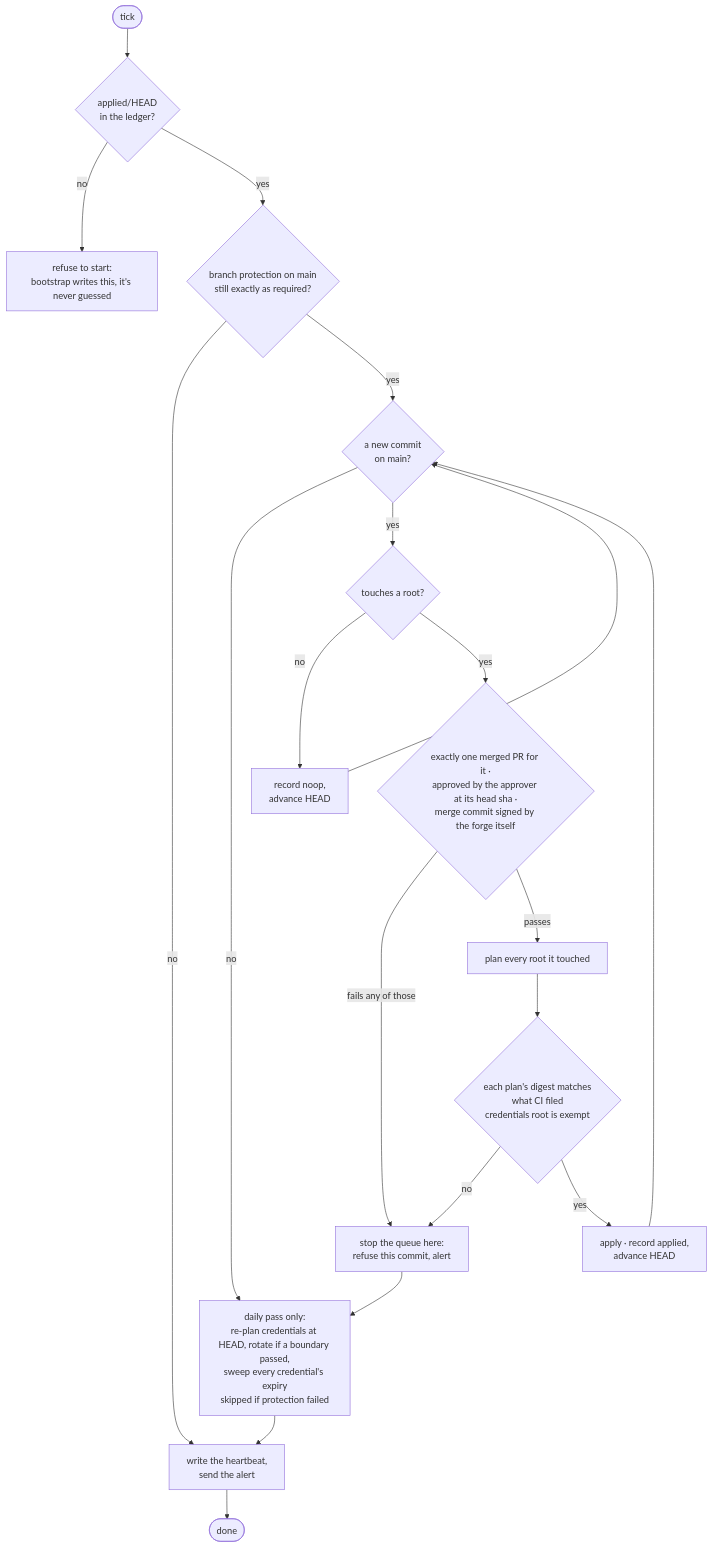
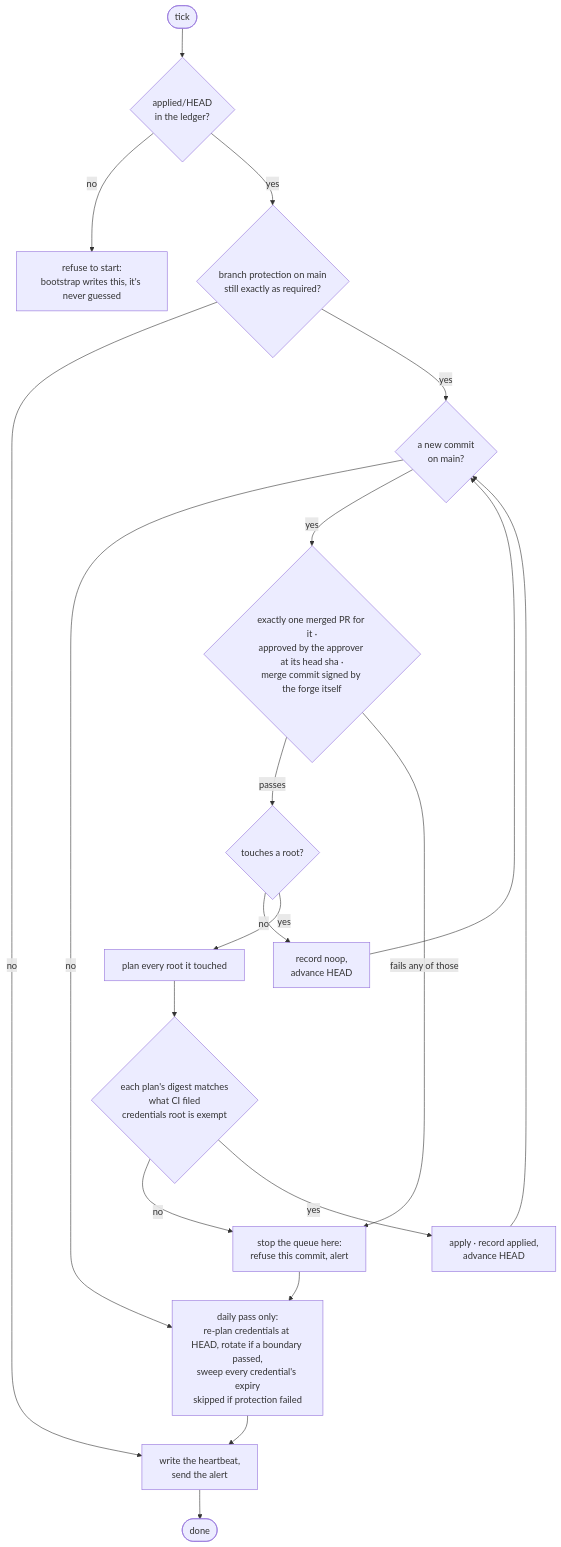
One commit to beeradb/truss changed the second of 2 diagrams in docs/design.md. Above: the diagram before and after it, drawn with Mermaid. The commit also changed other lines of this file and 24 other files, not shown here.

First line of the commit message:
Gate every commit, and render the deliveries it touches

````diff
--- a/docs/design.md
+++ b/docs/design.md
@@ -124,20 +124,20 @@
 ```mermaid
 flowchart TD
     T([tick]) --> H0{applied/HEAD<br/>in the ledger?}
     H0 -- no --> BOOT[refuse to start:<br/>bootstrap writes this, it's never guessed]
     H0 -- yes --> P{branch protection on main<br/>still exactly as required?}
     P -- no --> TAIL
     P -- yes --> C{a new commit<br/>on main?}
     C -- no --> ROT
-    C -- yes --> N{touches a root?}
+    C -- yes --> G1{exactly one merged PR for it ·<br/>approved by the approver at its head sha ·<br/>merge commit signed by the forge itself}
+    G1 -- passes --> N{touches a root?}
     N -- no --> ADV[record noop,<br/>advance HEAD] --> C
-    N -- yes --> G1{exactly one merged PR for it ·<br/>approved by the approver at its head sha ·<br/>merge commit signed by the forge itself}
     G1 -- fails any of those --> STOP[stop the queue here:<br/>refuse this commit, alert]
-    G1 -- passes --> PL[plan every root it touched]
+    N -- yes --> PL[plan every root it touched]
     PL --> G2{each plan's digest matches<br/>what CI filed<br/>credentials root is exempt}
     G2 -- no --> STOP
     G2 -- yes --> AP2[apply · record applied,<br/>advance HEAD] --> C
     STOP --> ROT
     ROT[daily pass only:<br/>re-plan credentials at HEAD, rotate if a boundary passed,<br/>sweep every credential's expiry<br/>skipped if protection failed] --> TAIL
     TAIL[write the heartbeat,<br/>send the alert] --> E([done])
 ```
````
